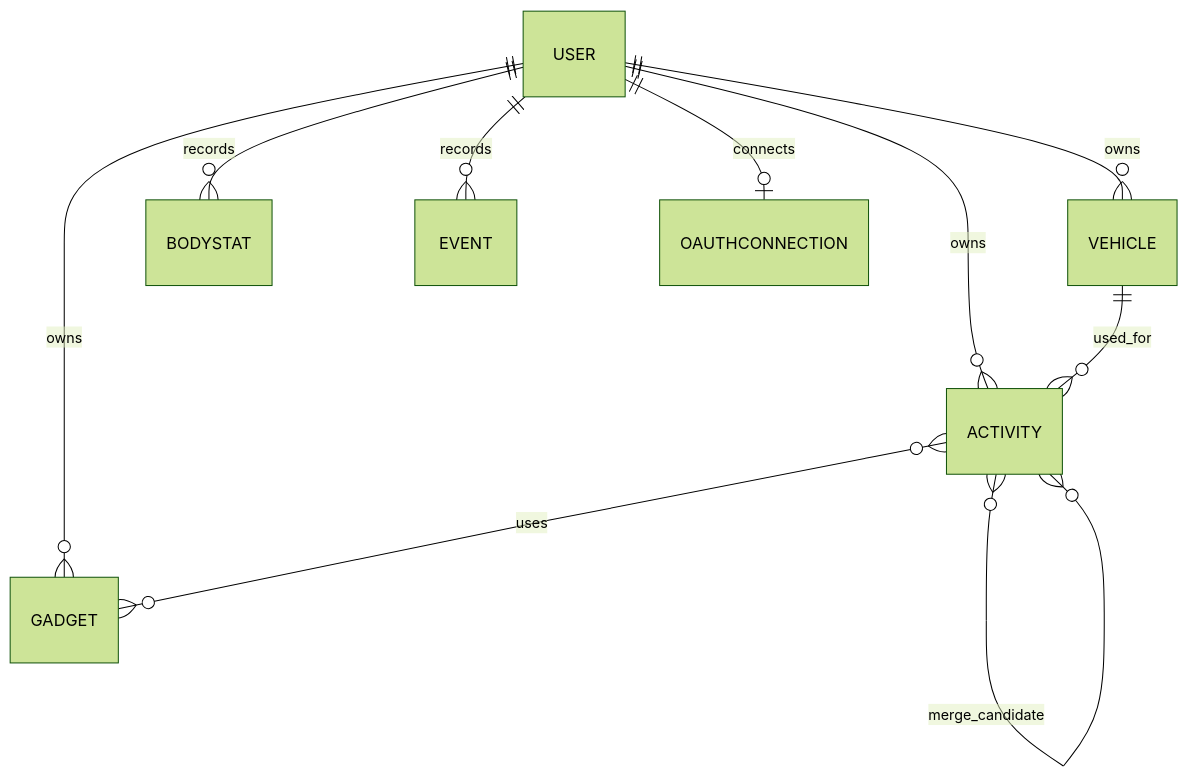
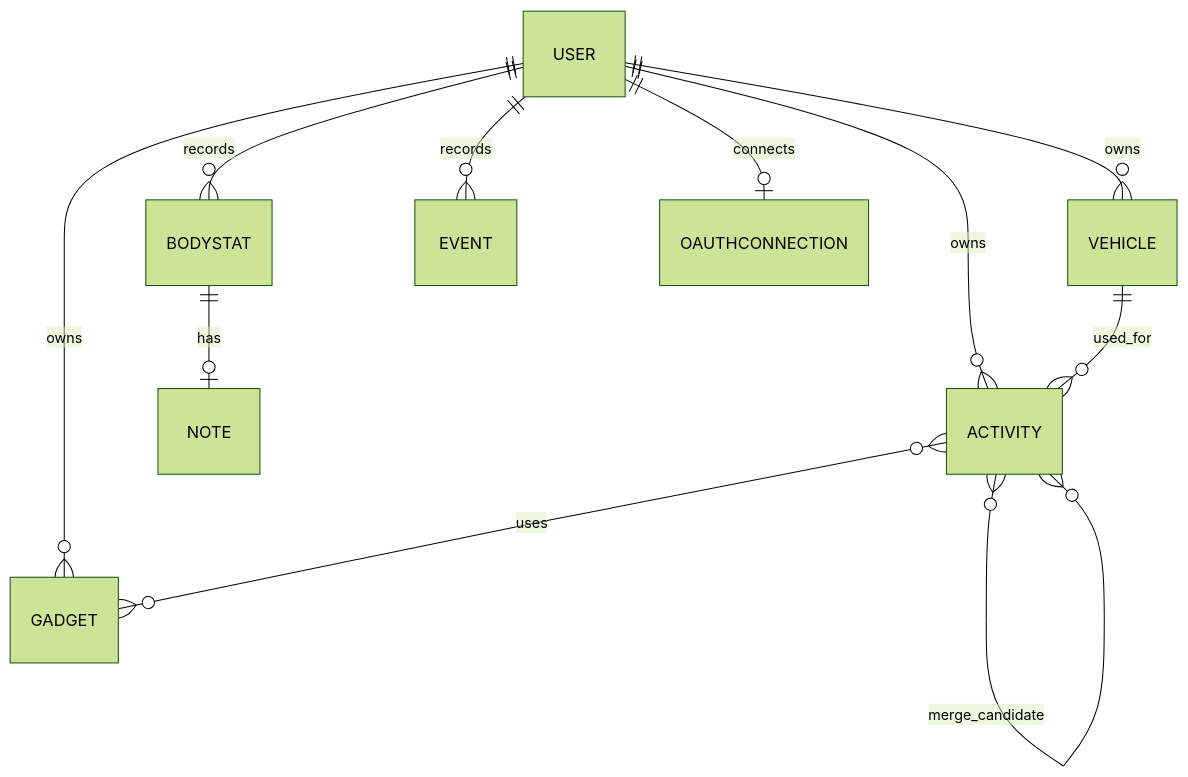
Before and after one commit to NRG-Drink/athlify: the second of 2 diagrams in docs/concept/data-model.md, drawn with Mermaid (forest theme). The commit also changed other lines of this file and 173 other files, not shown here.

````diff
--- a/docs/concept/data-model.md
+++ b/docs/concept/data-model.md
@@ -112,12 +127,13 @@
 ```mermaid
 erDiagram
     USER ||--o{ ACTIVITY : owns
     USER ||--o{ VEHICLE : owns
     USER ||--o{ GADGET : owns
     USER ||--o{ BODYSTAT : records
+    BODYSTAT ||--o| NOTE : has
     USER ||--o{ EVENT : records
     USER ||--o| OAUTHCONNECTION : connects
     VEHICLE ||--o{ ACTIVITY : used_for
     ACTIVITY }o--o{ GADGET : uses
     ACTIVITY }o--o{ ACTIVITY : merge_candidate
 ```
````
